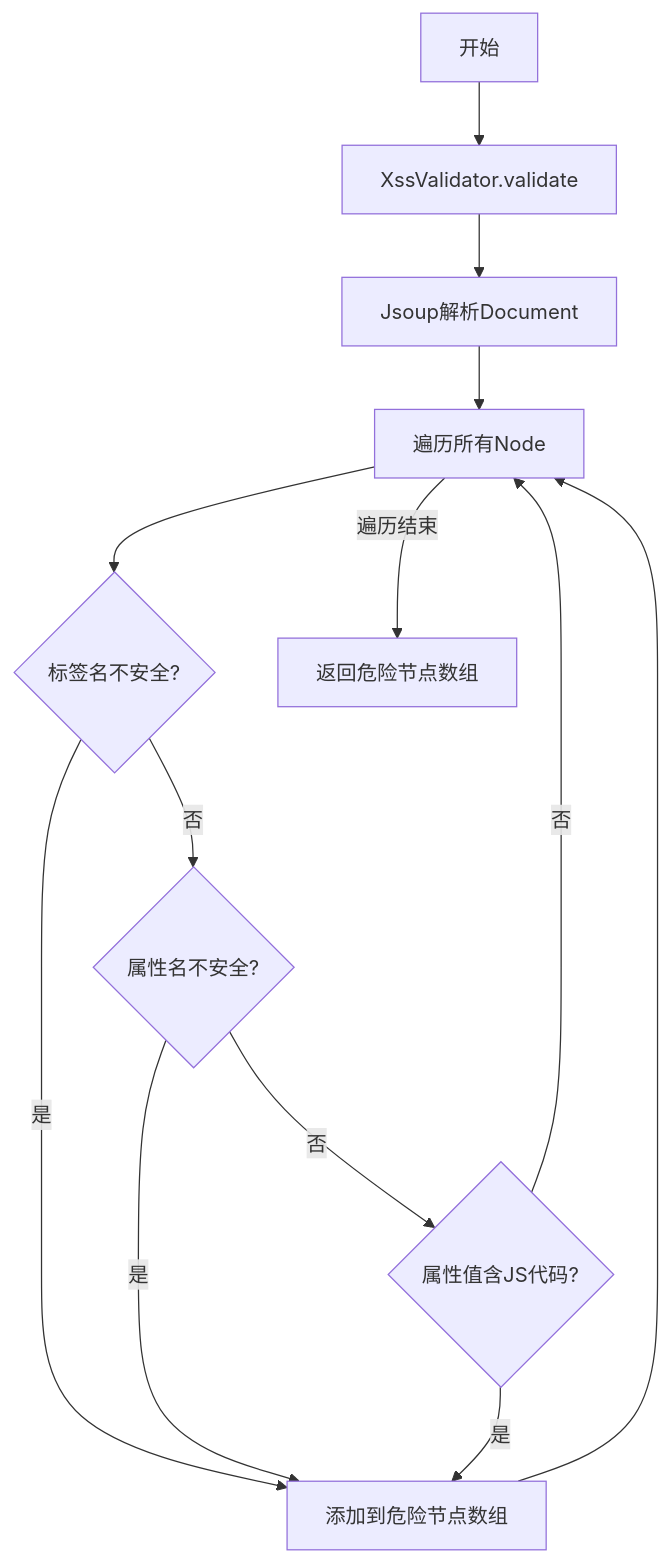
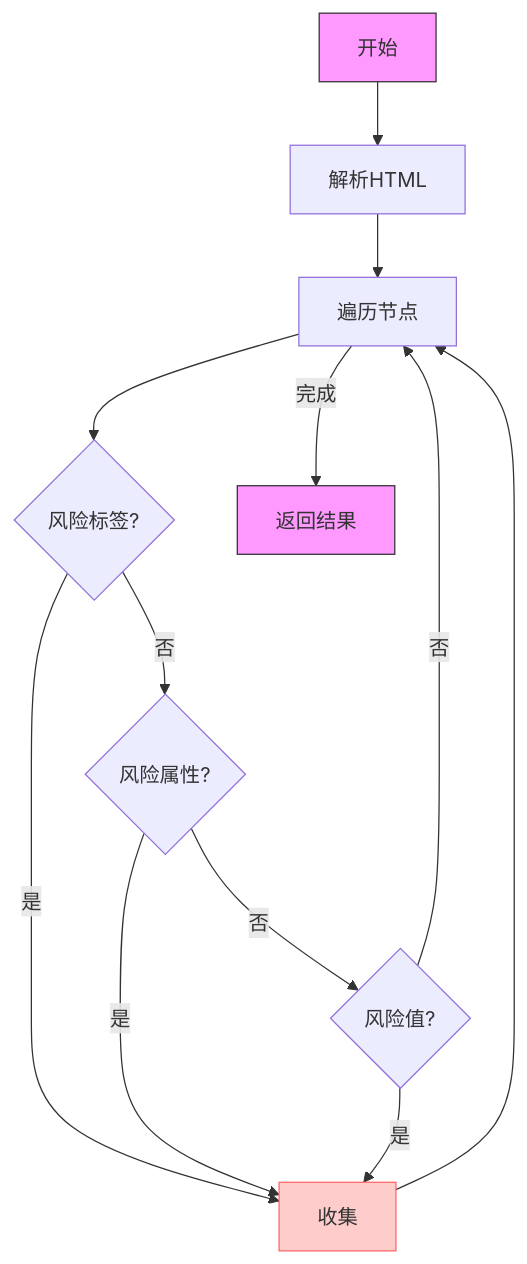
One commit to bailingxuanyi/xss-validator changed the diagram in README.md. Above: the diagram before and after it, drawn with Mermaid.

````diff
--- a/README.md
+++ b/README.md
@@ -46,15 +46,18 @@
 ```mermaid
 flowchart TD
-    A[开始] --> B[XssValidator.validate]
-    B --> C[Jsoup解析Document]
-    C --> D[遍历所有Node]
-    D --> E{标签名不安全?}
-    E -->|是| F[添加到危险节点数组]
-    E -->|否| G{属性名不安全?}
-    G -->|是| F
-    G -->|否| H{属性值含JS代码?}
-    H -->|是| F
-    H -->|否| D
-    F --> D
-    D -->|遍历结束| I[返回危险节点数组]
+    A[开始] --> B[解析HTML]
+    B --> C[遍历节点]
+    C --> D{风险标签?}
+    D -->|是| E[收集]
+    D -->|否| F{风险属性?}
+    F -->|是| E
+    F -->|否| G{风险值?}
+    G -->|是| E
+    G -->|否| C
+    E --> C
+    C -->|完成| H[返回结果]
+    
+    style A fill:#f9f,stroke:#333
+    style H fill:#f9f,stroke:#333
+    style E fill:#fcc,stroke:#f66
 ```
````
